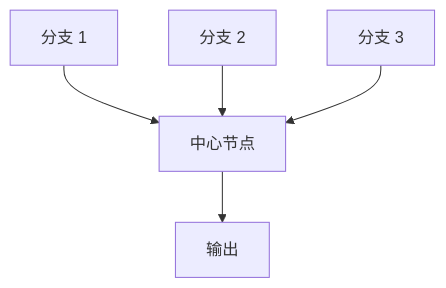
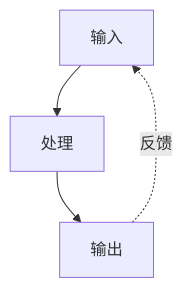
Before and after one commit to liu-qingyuan/skills-sync-lqy: the sixth of 10 diagrams in skills/lqy-curated/mermaid-visualizer/references/syntax-rules.md, drawn with Mermaid. The commit also changed other lines of this file, not shown here.

Commit message:
refactor(mermaid-visualizer): simplify syntax reference

````diff
--- a/skills/lqy-curated/mermaid-visualizer/references/syntax-rules.md
+++ b/skills/lqy-curated/mermaid-visualizer/references/syntax-rules.md
@@ -352,9 +109,5 @@
 ```mermaid
-graph TB
-    Hub[中心节点]
-
-    A[分支 1] --> Hub
-    B[分支 2] --> Hub
-    C[分支 3] --> Hub
-    Hub --> D[输出]
+flowchart TB
+    A[输入] --> B[处理] --> C[输出]
+    C -.->|反馈| A
 ```
````
